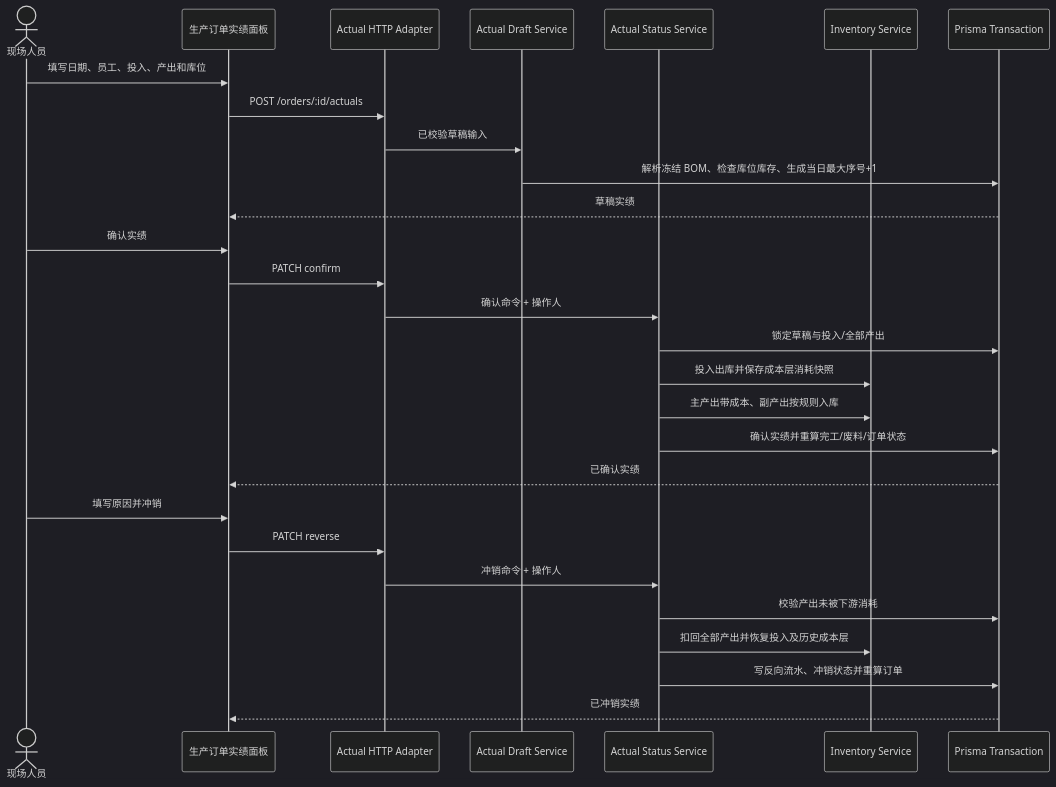
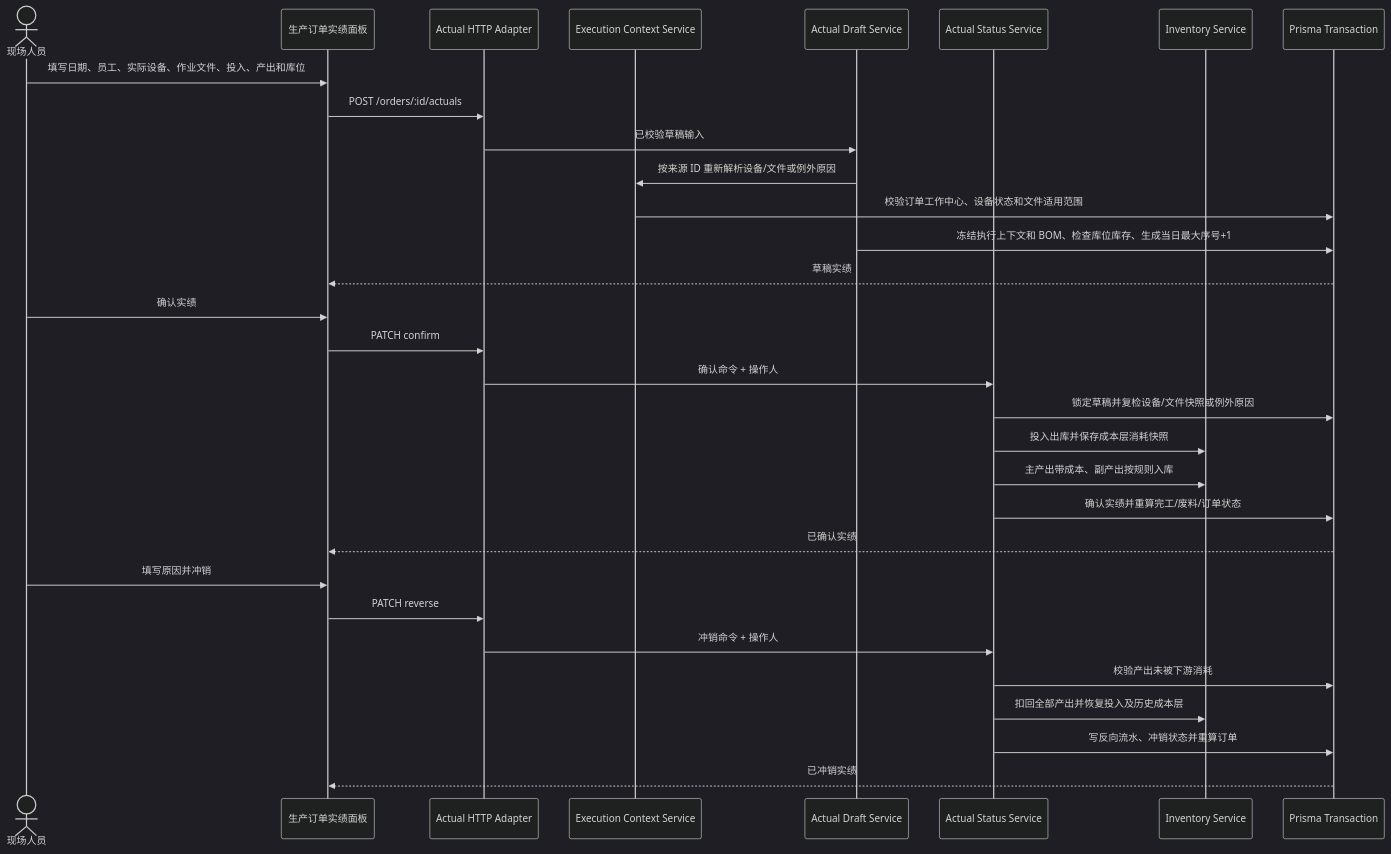
One commit to goldf2/mes-lite changed the third of 19 diagrams in docs/architecture/系统时序图.md. Above: the diagram before and after it, drawn with Mermaid (dark theme). The commit also changed other lines of this file and 230 other files, not shown here.

Commit message:
feat: freeze production actual execution context

````diff
--- a/docs/architecture/系统时序图.md
+++ b/docs/architecture/系统时序图.md
@@ -84,33 +84,36 @@
 ```mermaid
 sequenceDiagram
   actor U as 现场人员
   participant UI as 生产订单实绩面板
   participant API as Actual HTTP Adapter
+  participant C as Execution Context Service
   participant D as Actual Draft Service
   participant S as Actual Status Service
   participant I as Inventory Service
   participant DB as Prisma Transaction
 
-  U->>UI: 填写日期、员工、投入、产出和库位
+  U->>UI: 填写日期、员工、实际设备、作业文件、投入、产出和库位
   UI->>API: POST /orders/:id/actuals
   API->>D: 已校验草稿输入
-  D->>DB: 解析冻结 BOM、检查库位库存、生成当日最大序号+1
+  D->>C: 按来源 ID 重新解析设备/文件或例外原因
+  C->>DB: 校验订单工作中心、设备状态和文件适用范围
+  D->>DB: 冻结执行上下文和 BOM、检查库位库存、生成当日最大序号+1
   DB-->>UI: 草稿实绩
 
   U->>UI: 确认实绩
   UI->>API: PATCH confirm
   API->>S: 确认命令 + 操作人
-  S->>DB: 锁定草稿与投入/全部产出
+  S->>DB: 锁定草稿并复检设备/文件快照或例外原因
   S->>I: 投入出库并保存成本层消耗快照
   S->>I: 主产出带成本、副产出按规则入库
   S->>DB: 确认实绩并重算完工/废料/订单状态
   DB-->>UI: 已确认实绩
 
   U->>UI: 填写原因并冲销
   UI->>API: PATCH reverse
   API->>S: 冲销命令 + 操作人
   S->>DB: 校验产出未被下游消耗
   S->>I: 扣回全部产出并恢复投入及历史成本层
   S->>DB: 写反向流水、冲销状态并重算订单
   DB-->>UI: 已冲销实绩
 ```
````
